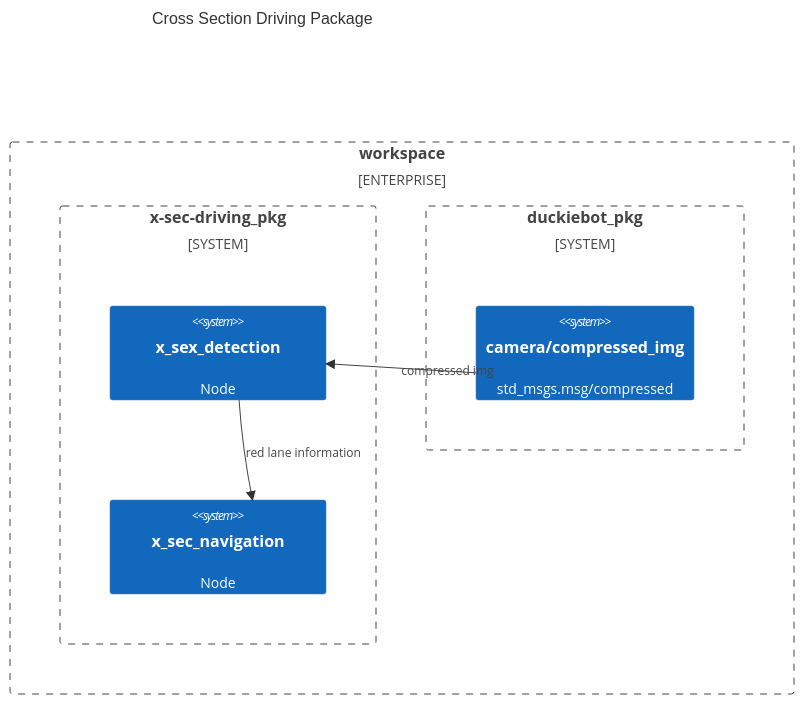
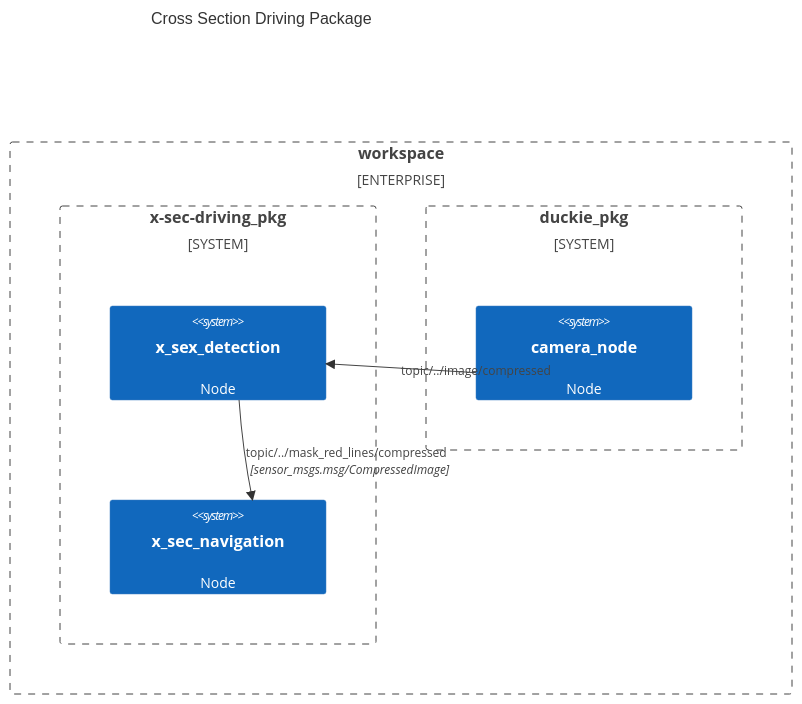
Before and after one commit to Duckietown-QuackMan/x-sec-driving: the diagram in README.md, drawn with Mermaid.

````diff
--- a/README.md
+++ b/README.md
@@ -4,19 +4,19 @@
 ```mermaid
 C4Context
 title Cross Section Driving Package
 
 Enterprise_Boundary(b1, "workspace", "includes all packages") {
 
   System_Boundary(b2, "x-sec-driving_pkg", "Package") {
     System(SystemA,"x_sex_detection", "Node")
     System(SystemB, "x_sec_navigation", "Node")
   }
 
-  System_Boundary(b3, "duckiebot_pkg", "boundary") {
-    System(SystemC, "camera/compressed_img", "std_msgs.msg/compressed")
+  System_Boundary(b3, "duckie_pkg", "Package") {
+    System(SystemC, "camera_node", "Node")
   }
 }
 
-Rel(SystemC, SystemA, "compressed img")
-Rel(SystemA, SystemB, "red lane information")
+Rel(SystemC, SystemA, "topic/../image/compressed" ,"sensor_msgs.msg/CompressedImage")
+Rel(SystemA, SystemB, "topic/../mask_red_lines/compressed", "sensor_msgs.msg/CompressedImage")
 ```
````
